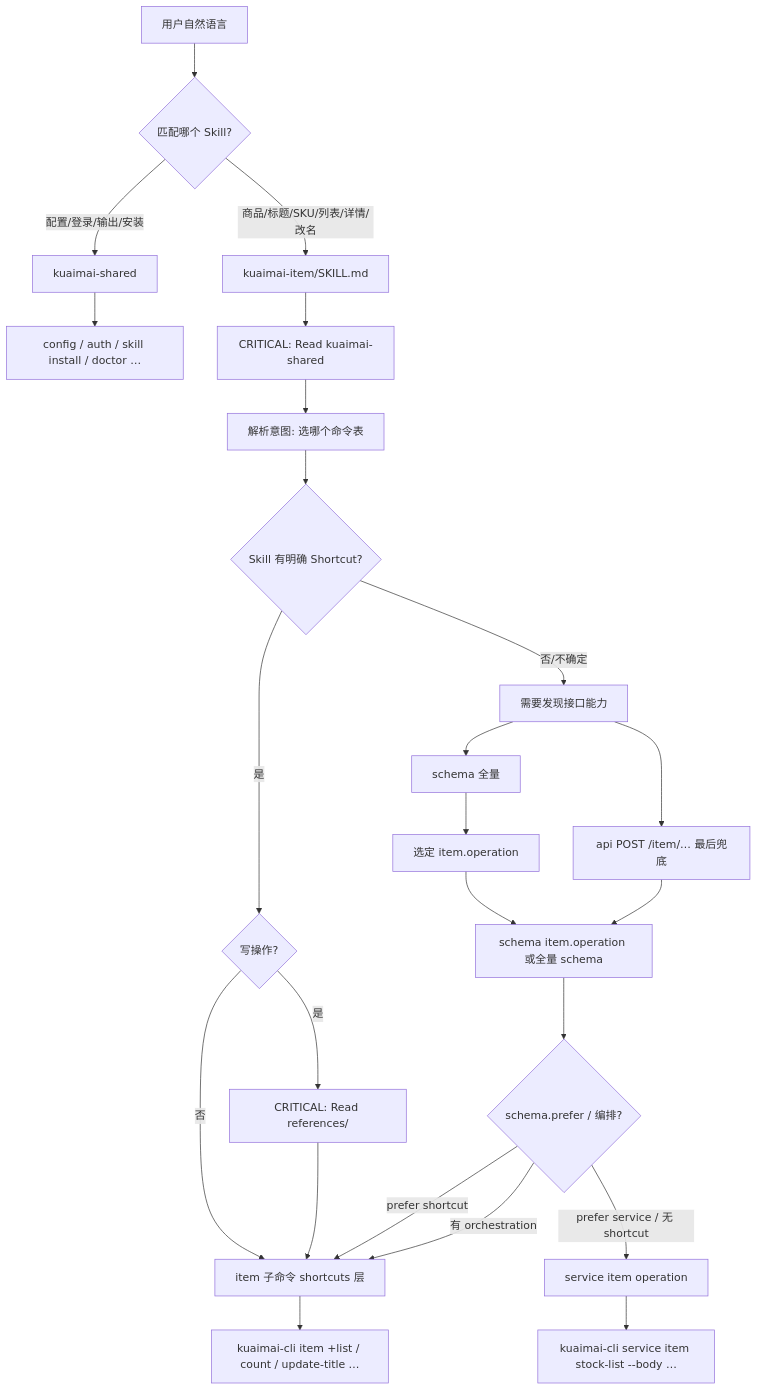
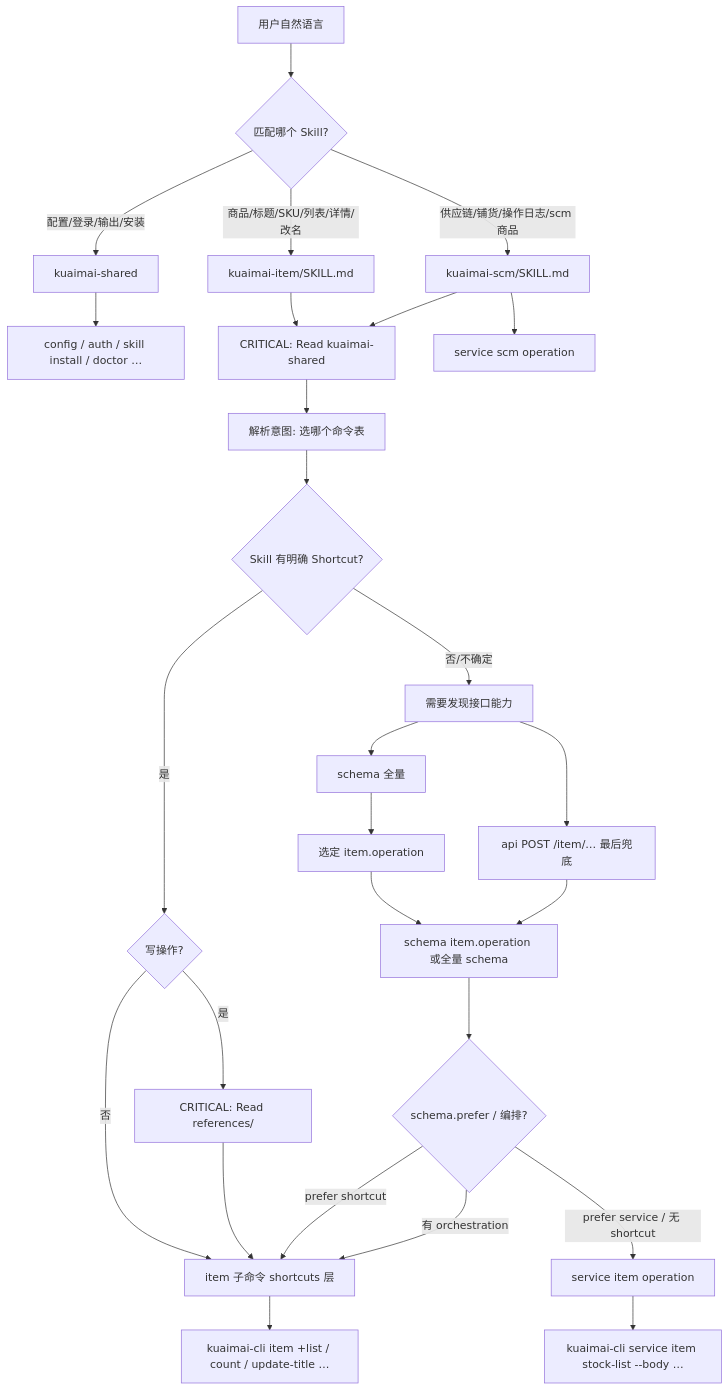
The first of 5 diagrams in docs/Agent命令选型与schema流程.md (kuaimai-cli/kuaimai-cli), drawn with Mermaid before and after one commit. The commit also changed other lines of this file and 34 other files, not shown here.

First line of the commit message:
feat(scm): add erp-scm domain, kuaimai-scm skill, and sync docs to v1.7.0

````diff
--- a/docs/Agent命令选型与schema流程.md
+++ b/docs/Agent命令选型与schema流程.md
@@ -30,35 +32,38 @@
 ```mermaid
 flowchart TD
   NL[用户自然语言] --> RouteSkill{匹配哪个 Skill?}
 
   RouteSkill -->|配置/登录/输出/安装| Shared[kuaimai-shared]
   RouteSkill -->|商品/标题/SKU/列表/详情/改名| ItemSkill[kuaimai-item/SKILL.md]
+  RouteSkill -->|供应链/铺货/操作日志/scm 商品| ScmSkill[kuaimai-scm/SKILL.md]
 
   Shared --> SharedCmd[config / auth / skill install / doctor …]
   ItemSkill --> ReadShared[CRITICAL: Read kuaimai-shared]
+  ScmSkill --> ReadShared
 
   ReadShared --> Intent[解析意图: 选哪个命令表]
+  ScmSkill --> ScmService[service scm operation]
   Intent --> HasShortcut{Skill 有明确 Shortcut?}
 
   HasShortcut -->|是| WriteOp{写操作?}
   HasShortcut -->|否/不确定| NeedDiscover[需要发现接口能力]
 
   WriteOp -->|是| ReadRef[CRITICAL: Read references/]
   WriteOp -->|否| Shortcut[item 子命令 shortcuts 层]
 
   ReadRef --> Shortcut
 
   NeedDiscover --> SchemaFull[schema 全量]
   SchemaFull --> PickOp[选定 item.operation]
   PickOp --> SchemaOne[schema item.operation 或全量 schema]
 
   SchemaOne --> Prefer{schema.prefer / 编排?}
   Prefer -->|prefer shortcut| Shortcut
   Prefer -->|prefer service / 无 shortcut| Service[service item operation]
   Prefer -->|有 orchestration| Shortcut
 
   Shortcut --> Exec1["kuaimai-cli item +list / count / update-title …"]
   Service --> Exec2["kuaimai-cli service item stock-list --body …"]
   NeedDiscover --> ApiFallback["api POST /item/… 最后兜底"]
   ApiFallback --> SchemaOne
 ```
````
